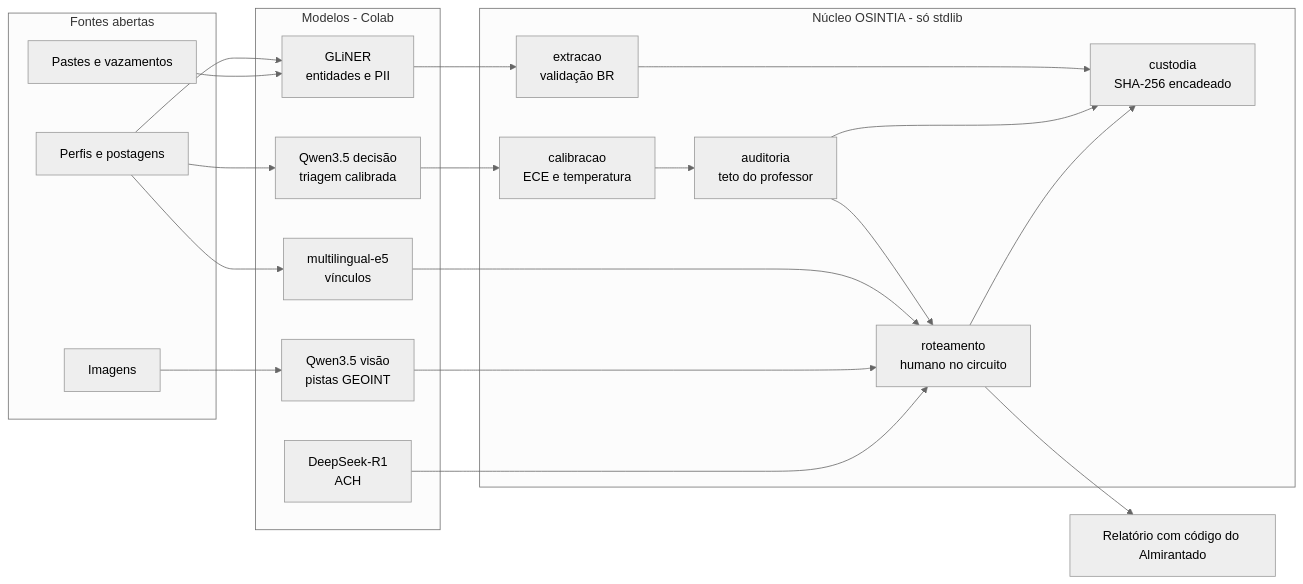
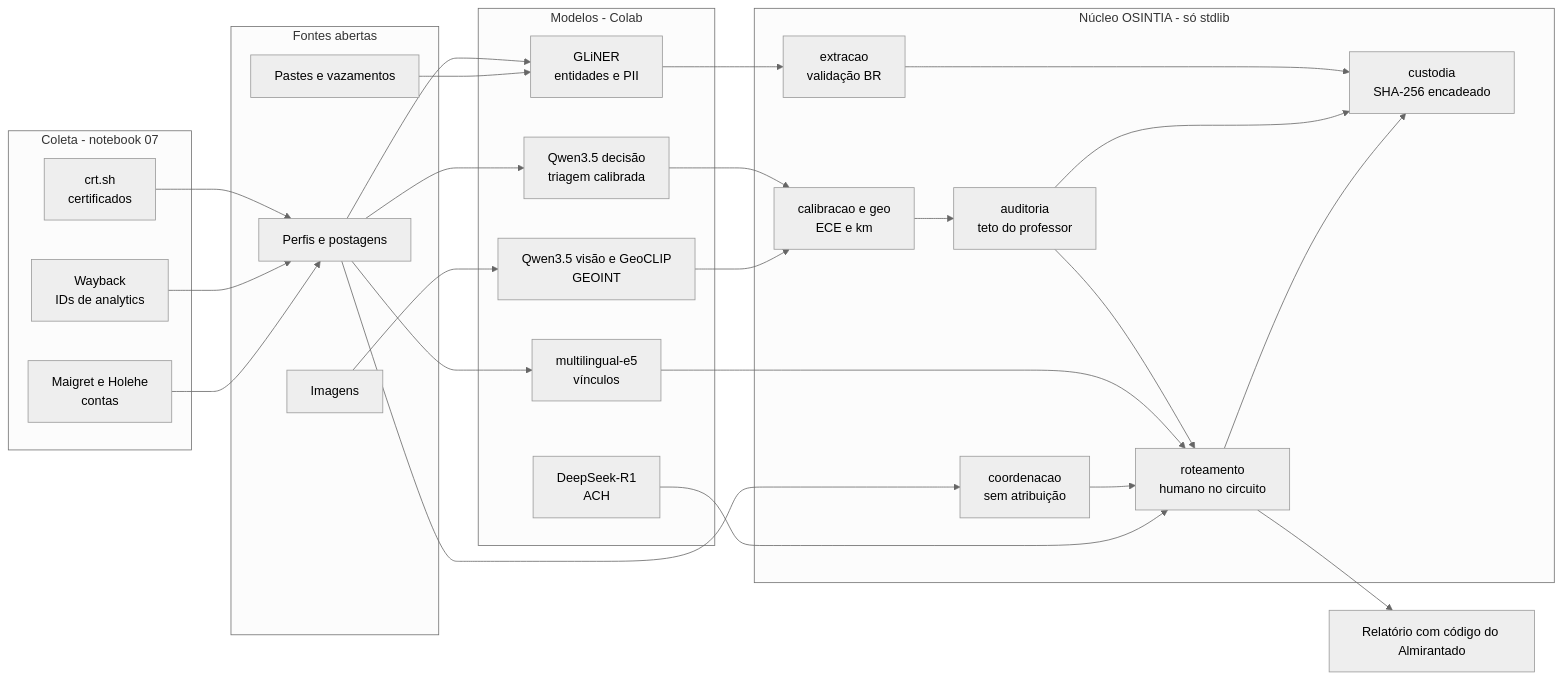
Before and after one commit to Ridd1kulusC0d3r/OSINT-Colab: the diagram in README.md, drawn with Mermaid (neutral theme). The commit also changed other lines of this file and 34 other files, not shown here.

First line of the commit message:
OSINTIA 1.1: coleta, GeoCLIP auditado e comportamento coordenado

````diff
--- a/README.md
+++ b/README.md
@@ -57,32 +65,40 @@
 ```mermaid
 flowchart LR
+    subgraph Coleta - notebook 07
+        A0[crt.sh<br/>certificados]
+        A1[Wayback<br/>IDs de analytics]
+        A2[Maigret e Holehe<br/>contas]
+    end
     subgraph Fontes abertas
         A[Perfis e postagens]
         B[Pastes e vazamentos]
         C[Imagens]
     end
     subgraph Modelos - Colab
         D[GLiNER<br/>entidades e PII]
         E[multilingual-e5<br/>vínculos]
-        F[Qwen3.5 visão<br/>pistas GEOINT]
+        F[Qwen3.5 visão e GeoCLIP<br/>GEOINT]
         G[Qwen3.5 decisão<br/>triagem calibrada]
         H[DeepSeek-R1<br/>ACH]
     end
     subgraph Núcleo OSINTIA - só stdlib
         I[extracao<br/>validação BR]
         J[auditoria<br/>teto do professor]
-        K[calibracao<br/>ECE e temperatura]
+        K[calibracao e geo<br/>ECE e km]
+        O[coordenacao<br/>sem atribuição]
         L[roteamento<br/>humano no circuito]
         M[custodia<br/>SHA-256 encadeado]
     end
-    A --> D & E & G
+    A0 & A1 & A2 --> A
+    A --> D & E & G & O
     B --> D
     C --> F
     D --> I
     G --> K --> J --> L
+    F --> K
     E --> L
-    F --> L
+    O --> L
     H --> L
     L --> N[Relatório com código do Almirantado]
     I & J & L --> M
 ```
````
